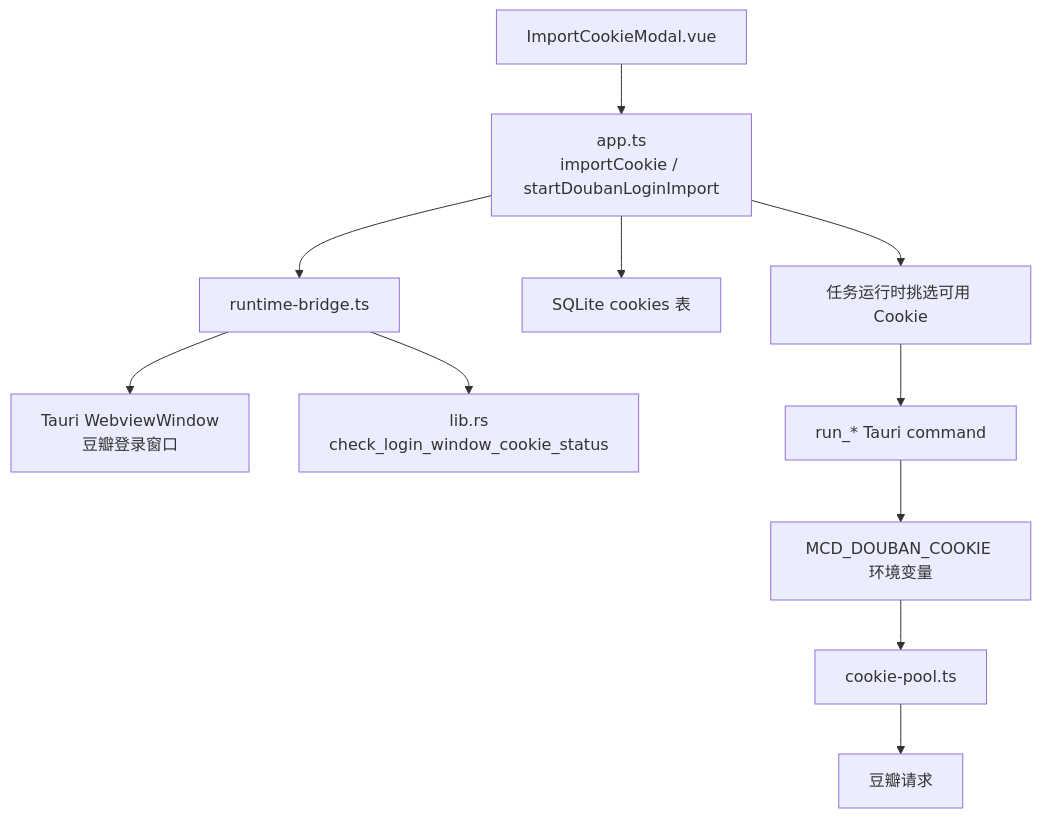
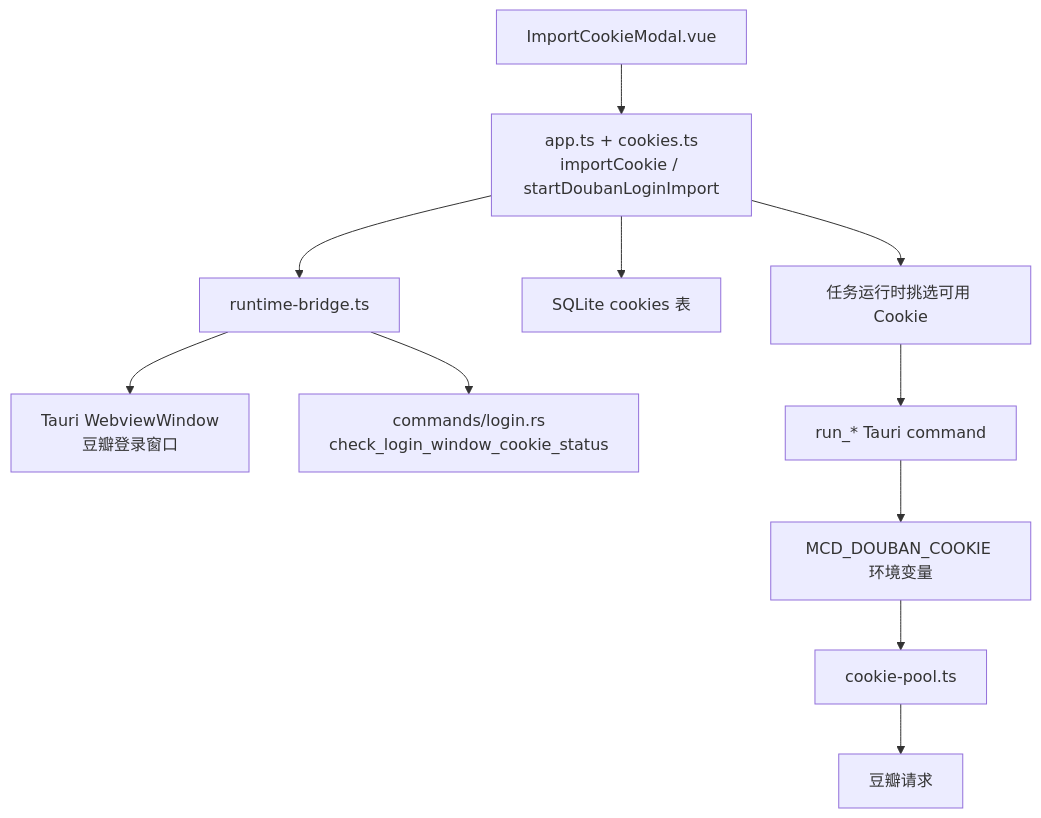
One commit to vdbvxcbcb/movie-cover-downloader changed the sixth of 9 diagrams in docs/ai-context/runtime-flows.md. Above: the diagram before and after it, drawn with Mermaid. The commit also changed other lines of this file and 7 other files, not shown here.

````diff
--- a/docs/ai-context/runtime-flows.md
+++ b/docs/ai-context/runtime-flows.md
@@ -190,13 +206,13 @@
 ```mermaid
 flowchart TB
-  Import["ImportCookieModal.vue"] --> Store["app.ts\nimportCookie / startDoubanLoginImport"]
+  Import["ImportCookieModal.vue"] --> Store["app.ts + cookies.ts\nimportCookie / startDoubanLoginImport"]
   Store --> Bridge["runtime-bridge.ts"]
   Bridge --> Login["Tauri WebviewWindow\n豆瓣登录窗口"]
-  Bridge --> Tauri["lib.rs\ncheck_login_window_cookie_status"]
+  Bridge --> Tauri["commands/login.rs\ncheck_login_window_cookie_status"]
   Store --> SQLite["SQLite cookies 表"]
   Store --> Task["任务运行时挑选可用 Cookie"]
   Task --> TauriRun["run_* Tauri command"]
   TauriRun --> SidecarEnv["MCD_DOUBAN_COOKIE 环境变量"]
   SidecarEnv --> CookiePool["cookie-pool.ts"]
   CookiePool --> Douban["豆瓣请求"]
 ```
````
